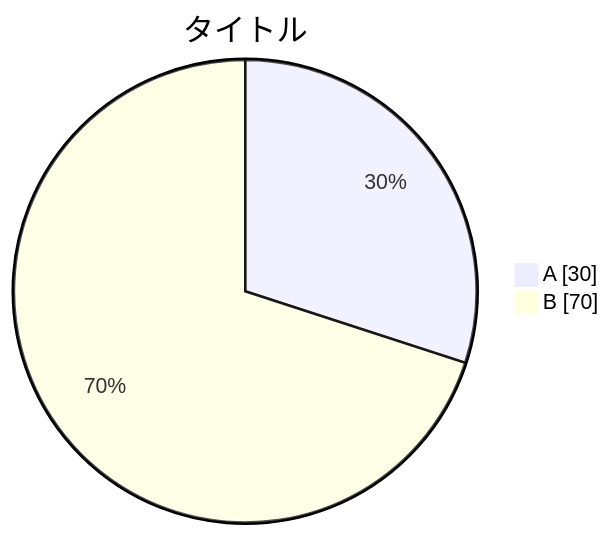
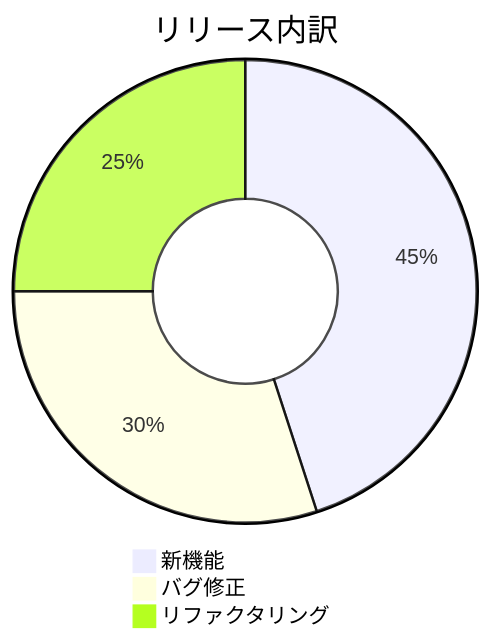
Before and after one commit to daidaiiro-519/has-udd: the fifth of 5 diagrams in .claude/skills/mermaid-guide/references/pattern-pie.md, drawn with Mermaid. The commit also changed other lines of this file and 26 other files, not shown here.

````diff
--- a/.claude/skills/mermaid-guide/references/pattern-pie.md
+++ b/.claude/skills/mermaid-guide/references/pattern-pie.md
@@ -63,5 +101,7 @@
 ```mermaid
-pie showData title タイトル
-    "A" : 30
-    "B" : 70
+%%{init: {"pie": {"donutHole": 0.4, "legendPosition": "bottom"}} }%%
+pie title リリース内訳
+    "新機能" : 45
+    "バグ修正" : 30
+    "リファクタリング" : 25
 ```
````
